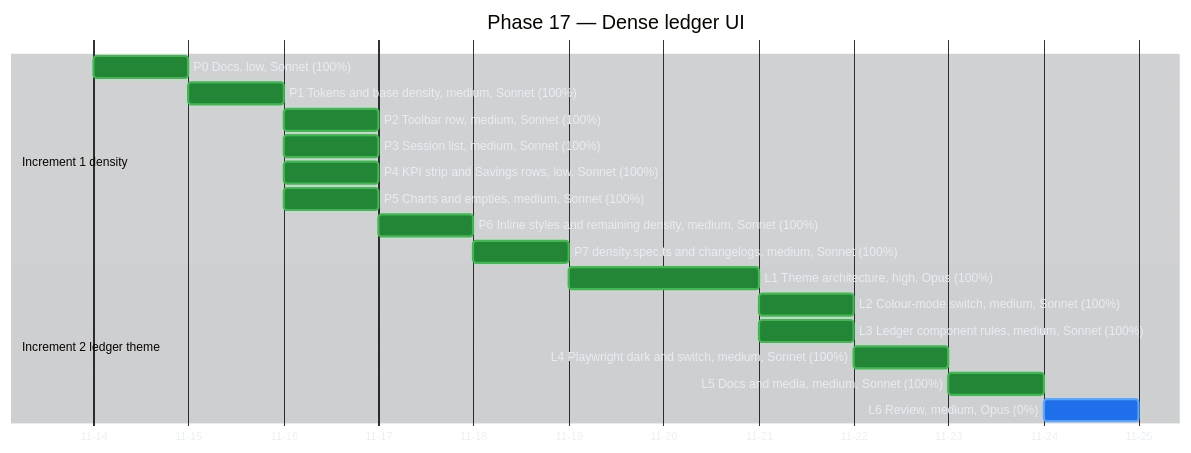
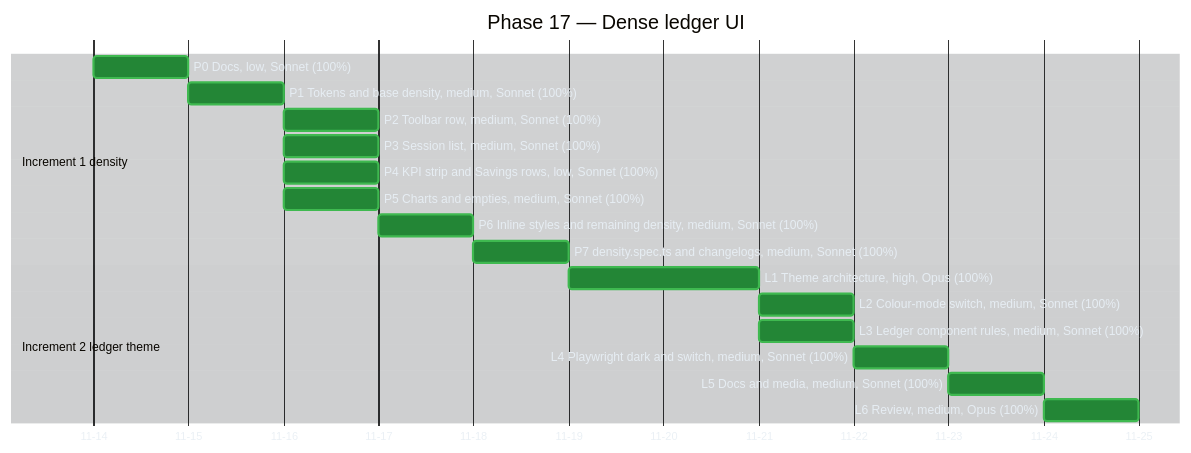
Before and after one commit to raulkivi/agent-cost-analyzer: the fourth of 5 diagrams in docs/implementation-plan-gantt.md, drawn with Mermaid. The commit also changed other lines of this file and 13 other files, not shown here.

````diff
--- a/docs/implementation-plan-gantt.md
+++ b/docs/implementation-plan-gantt.md
@@ -249,52 +249,52 @@
 ```mermaid
 %%{init: {
   "theme": "base",
   "themeVariables": {
     "darkMode": true,
     "background": "#0d1117",
     "textColor": "#e6edf3",
     "primaryTextColor": "#e6edf3",
     "lineColor": "#8b949e",
     "sectionBkgColor": "#161b22",
     "sectionBkgColor2": "#1c2129",
     "altSectionBkgColor": "#0d1117",
     "gridColor": "#30363d",
     "excludeBkgColor": "#161b22",
     "todayLineColor": "#f85149",
     "taskBkgColor": "#1f6feb",
     "taskBorderColor": "#58a6ff",
     "taskTextColor": "#ffffff",
     "taskTextLightColor": "#ffffff",
     "taskTextDarkColor": "#ffffff",
     "taskTextOutsideColor": "#e6edf3",
     "doneTaskBkgColor": "#238636",
     "doneTaskBorderColor": "#3fb950",
     "activeTaskBkgColor": "#9e6a03",
     "activeTaskBorderColor": "#d29922",
     "critBkgColor": "#da3633",
     "critBorderColor": "#f85149"
   }
 }}%%
 gantt
     title Phase 17 — Dense ledger UI
     dateFormat YYYY-MM-DD
     axisFormat %m-%d
 
     section Increment 1 density
     P0 Docs, low, Sonnet (100%)                      :done, pp0, 2026-11-14, 1d
     P1 Tokens and base density, medium, Sonnet (100%)  :done, pp1, after pp0, 1d
     P2 Toolbar row, medium, Sonnet (100%)              :done, pp2, after pp1, 1d
     P3 Session list, medium, Sonnet (100%)             :done, pp3, after pp1, 1d
     P4 KPI strip and Savings rows, low, Sonnet (100%)  :done, pp4, after pp1, 1d
     P5 Charts and empties, medium, Sonnet (100%)       :done, pp5, after pp1, 1d
     P6 Inline styles and remaining density, medium, Sonnet (100%)     :done, pp6, after pp2, 1d
     P7 density.spec.ts and changelogs, medium, Sonnet (100%) :done, pp7, after pp6, 1d
 
     section Increment 2 ledger theme
     L1 Theme architecture, high, Opus (100%)           :done, l1, after pp7, 2d
     L2 Colour-mode switch, medium, Sonnet (100%)       :done, l2, after l1, 1d
     L3 Ledger component rules, medium, Sonnet (100%)   :done, l3, after l1, 1d
     L4 Playwright dark and switch, medium, Sonnet (100%) :done, l4, after l2, 1d
     L5 Docs and media, medium, Sonnet (100%)           :done, l5, after l4, 1d
-    L6 Review, medium, Opus (0%)                     :l6, after l5, 1d
+    L6 Review, medium, Opus (100%)                   :done, l6, after l5, 1d
 ```
````
